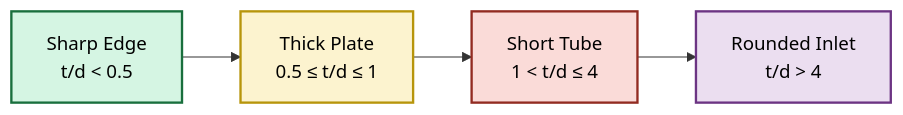
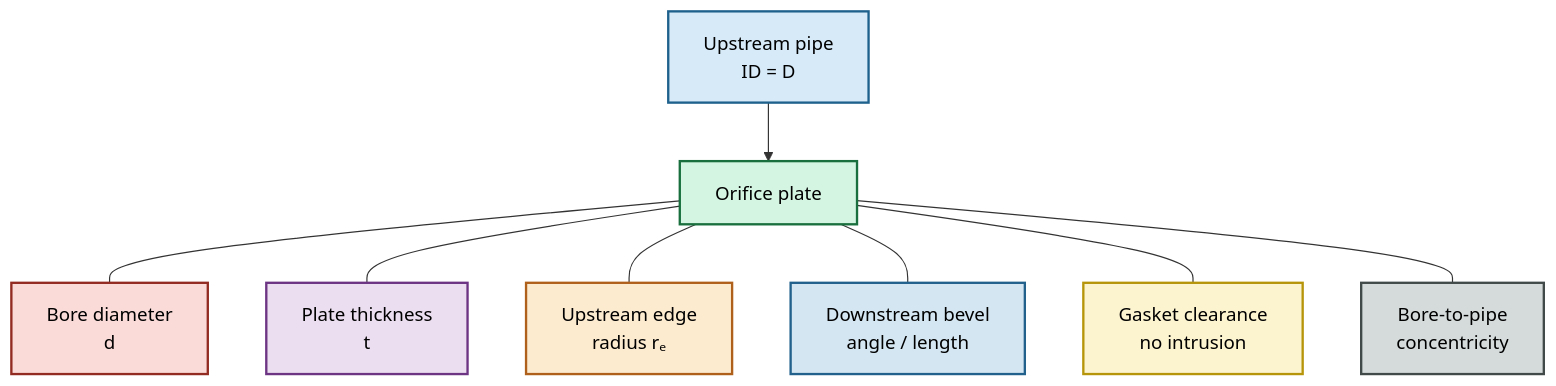
One commit to slametsampon/mx-core changed the fourth of 18 diagrams in plugins/mx-core-docs/src/content/blog/maintenance/elins/orifice-plate.mdx. Above: the diagram before and after it, drawn with Mermaid. The commit also changed other lines of this file and 4 other files, not shown here.

Commit message:
mx-core-docs: update orifice-plate

````diff
--- a/plugins/mx-core-docs/src/content/blog/maintenance/elins/orifice-plate.mdx
+++ b/plugins/mx-core-docs/src/content/blog/maintenance/elins/orifice-plate.mdx
@@ -540,15 +938,28 @@
 ```mermaid
-flowchart LR
+flowchart TB
+    U["Upstream pipe<br/>ID = D"]:::pipe
+    P["Orifice plate"]:::plate
+    D["Bore diameter<br/>d"]:::bore
+    T["Plate thickness<br/>t"]:::dim
+    E["Upstream edge<br/>radius rₑ"]:::edge
+    B["Downstream bevel<br/>angle / length"]:::bevel
+    G["Gasket clearance<br/>no intrusion"]:::gasket
+    C["Bore-to-pipe<br/>concentricity"]:::conc
 
-A["Sharp Edge<br/>t/d < 0.5"]:::a
-B["Thick Plate<br/>0.5 ≤ t/d ≤ 1"]:::b
-C["Short Tube<br/>1 < t/d ≤ 4"]:::c
-D["Rounded Inlet<br/>t/d > 4"]:::d
+    U --> P
+    P --- D
+    P --- T
+    P --- E
+    P --- B
+    P --- G
+    P --- C
 
-A --> B --> C --> D
-
-classDef a fill:#D5F5E3,color:#000,stroke:#196F3D,stroke-width:2px;
-classDef b fill:#FCF3CF,color:#000,stroke:#B7950B,stroke-width:2px;
-classDef c fill:#FADBD8,color:#000,stroke:#922B21,stroke-width:2px;
-classDef d fill:#EBDEF0,color:#000,stroke:#6C3483,stroke-width:2px;
+    classDef pipe fill:#D6EAF8,stroke:#1F618D,color:#000,stroke-width:2px;
+    classDef plate fill:#D5F5E3,stroke:#196F3D,color:#000,stroke-width:2px;
+    classDef bore fill:#FADBD8,stroke:#922B21,color:#000,stroke-width:2px;
+    classDef dim fill:#EBDEF0,stroke:#6C3483,color:#000,stroke-width:2px;
+    classDef edge fill:#FDEBD0,stroke:#AF601A,color:#000,stroke-width:2px;
+    classDef bevel fill:#D4E6F1,stroke:#21618C,color:#000,stroke-width:2px;
+    classDef gasket fill:#FCF3CF,stroke:#B7950B,color:#000,stroke-width:2px;
+    classDef conc fill:#D5DBDB,stroke:#424949,color:#000,stroke-width:2px;
 ```
````
